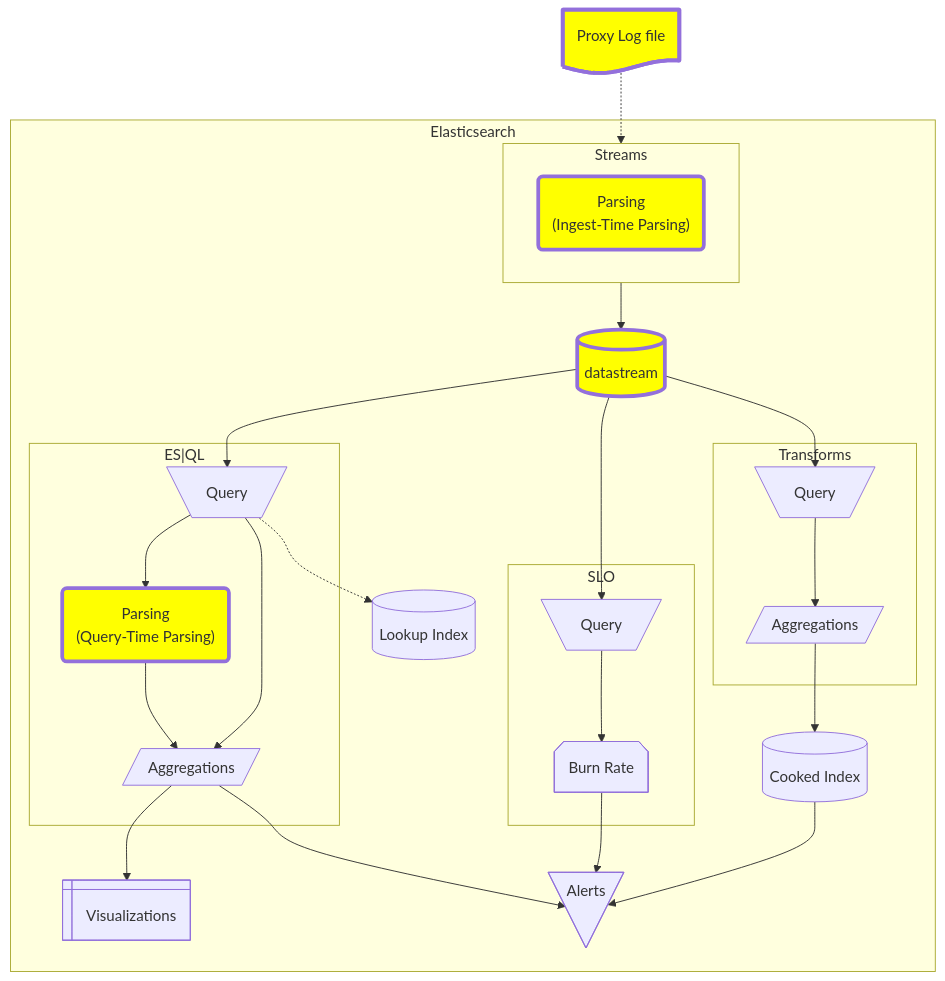
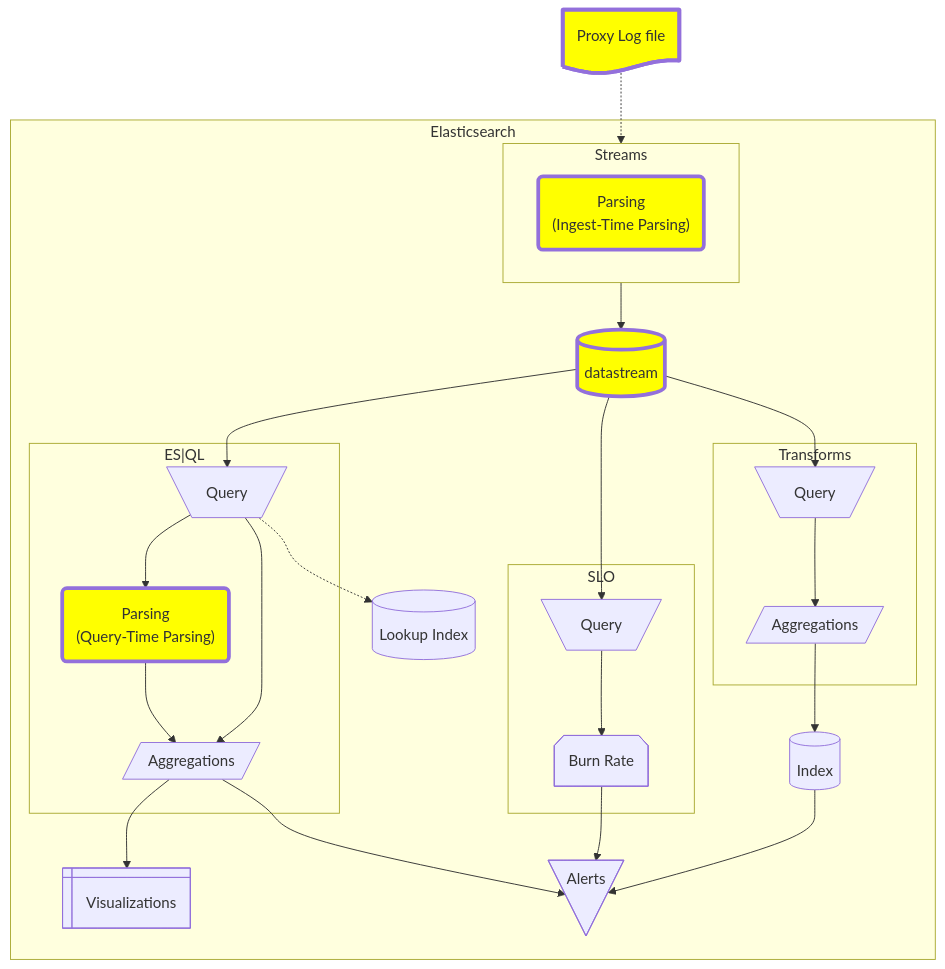
The diagram in instruqt/courses/o11y--course--field--100-logs-workflow--main/diagrams/1_arch.mmd (ty-elastic/k8s-otel-finance), drawn with Mermaid before and after one commit. The commit also changed 14 other files, not shown here.

```diff
--- a/instruqt/courses/o11y--course--field--100-logs-workflow--main/diagrams/1_arch.mmd
+++ b/instruqt/courses/o11y--course--field--100-logs-workflow--main/diagrams/1_arch.mmd
@@ -1,75 +1,75 @@
 flowchart TB
     style logfile fill:#ffff00,stroke-width:4px
     style datastream fill:#ffff00,stroke-width:4px
 
     style streams_parse fill:#ffff00,stroke-width:4px
 
     %% style slo_query fill:#ffff00,stroke-width:4px
     %% style slo_burn fill:#ffff00,stroke-width:4px
 
     %% style esql_query fill:#ffff00,stroke-width:4px
     %% style lookup_index fill:#ffff00,stroke-width:4px
     style esql_parse fill:#ffff00,stroke-width:4px
     %% style esql_agg fill:#ffff00,stroke-width:4px
 
     %% style transforms_query fill:#ffff00,stroke-width:4px
     %% style transforms_aggregations fill:#ffff00,stroke-width:4px
     %% style transforms_index fill:#ffff00,stroke-width:4px
 
     %% style alerts fill:#ffff00,stroke-width:4px
     %% style visualizations fill:#ffff00,stroke-width:4px
 
     subgraph elasticsearch[Elasticsearch]
         datastream@{shape: cyl}
         visualizations@{ shape: win-pane, label: "Visualizations" }
         lookup_index@{shape: cyl, label: "Lookup Index"}
-        transforms_index@{shape: cyl, label: "Cooked Index"} 
+        transforms_index@{shape: cyl, label: "Index"} 
         alerts@{ shape: manual-file, label: "Alerts"}
         
         subgraph streams["Streams"]
             streams_parse("Parsing<br>(Ingest-Time Parsing)")
         end
 
         streams --> datastream
 
         subgraph esql["ES|QL"]
             esql_query[\Query/]
             esql_parse("Parsing<br>(Query-Time Parsing)")
             esql_agg[/Aggregations/]
             
             esql_query --> esql_parse
             esql_parse --> esql_agg
             esql_query --> esql_agg
         end
 
         subgraph SLO["SLO"]
             slo_query[\Query/]
             slo_burn@{ shape: notch-pent, label: "Burn Rate" }
 
             slo_query --> slo_burn
         end
 
         subgraph Transforms
             transforms_query[\Query/]
             transforms_aggregations[/Aggregations/]
 
             transforms_query --> transforms_aggregations
         end
 
         datastream --> esql_query
         datastream --> slo_query
         datastream --> transforms_query
 
         esql_query -.-> lookup_index
 
         slo_burn --> alerts
 
         transforms_aggregations --> transforms_index
         transforms_index --> alerts
 
         esql_agg --> visualizations
         esql_agg --> alerts
     end
 
     logfile@{ shape: doc, label: "Proxy Log file"}
     logfile -.-> streams
```
